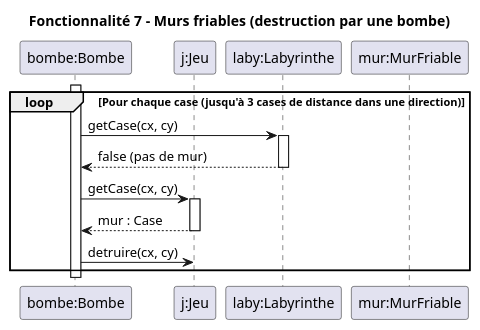
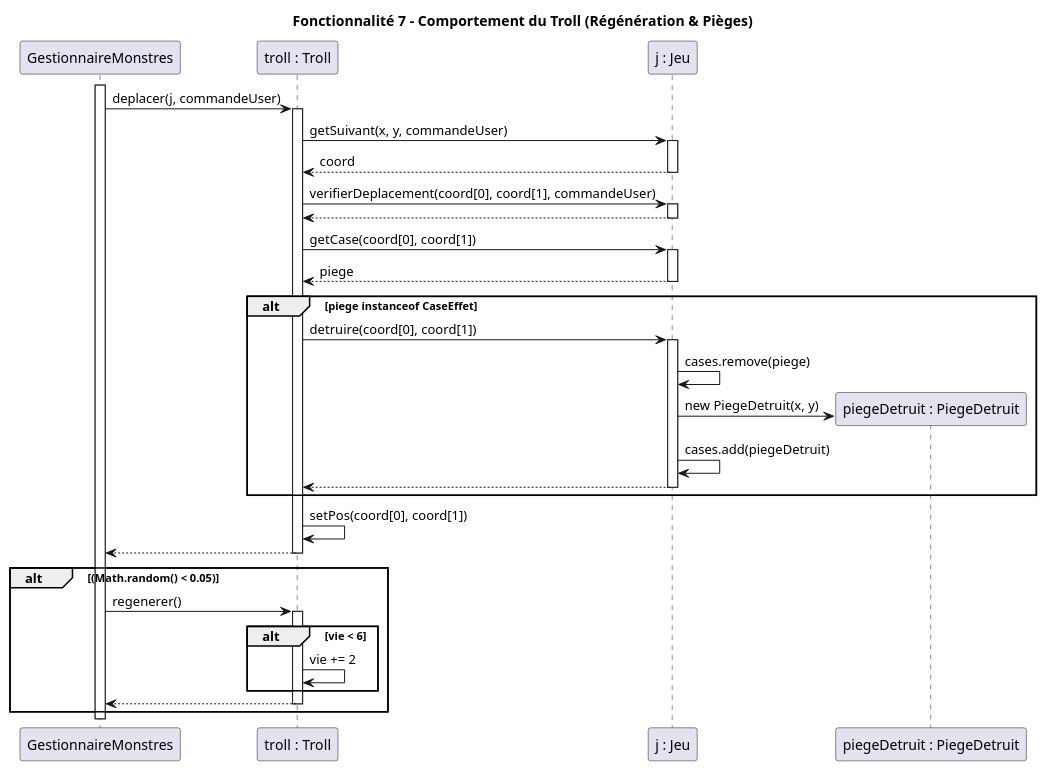
Before and after one commit to lucas-martinati-pro/SAE_S2.01_Zeldiablo-LucasM_JeanLM_PierreGSV: the diagram in documents/version_3/Diagrammes Séquence/Fonctionnalité 7.puml, drawn with PlantUML. The commit also changed 9 other files, not shown here.

Commit message:
add: Diagramme de séquence des fonctionnalités, v3

```diff
--- a/documents/version_3/Diagrammes Séquence/Fonctionnalité 7.puml
+++ b/documents/version_3/Diagrammes Séquence/Fonctionnalité 7.puml
@@ -1,26 +1,55 @@
 @startuml
-title Fonctionnalité 7 - Murs friables (destruction par une bombe)
+title Fonctionnalité 7 - Comportement du Troll (Régénération & Pièges)
 
-participant "bombe:Bombe" as Bombe
-participant "j:Jeu" as Jeu
-participant "laby:Labyrinthe" as Laby
-participant "mur:MurFriable" as Mur
+participant "GestionnaireMonstres" as GM
+participant "troll : Troll" as Troll
+participant "j : Jeu" as Jeu
 
-activate Bombe
+' ===== Déplacement et Destruction de Piège =====
+activate GM
+GM -> Troll : deplacer(j, commandeUser)
+activate Troll
 
-loop Pour chaque case (jusqu'à 3 cases de distance dans une direction)
-    Bombe -> Laby : getCase(cx, cy)
-    activate Laby
-    Laby --> Bombe : false (pas de mur)
-    deactivate Laby
+Troll -> Jeu : getSuivant(x, y, commandeUser)
+activate Jeu
+Jeu --> Troll : coord
+deactivate Jeu
 
-    Bombe -> Jeu : getCase(cx, cy)
+Troll -> Jeu : verifierDeplacement(coord[0], coord[1], commandeUser)
+activate Jeu
+Jeu --> Troll
+deactivate Jeu
+
+Troll -> Jeu : getCase(coord[0], coord[1])
+activate Jeu
+Jeu --> Troll : piege
+deactivate Jeu
+
+alt piege instanceof CaseEffet
+    Troll -> Jeu : detruire(coord[0], coord[1])
     activate Jeu
-    Jeu --> Bombe : mur : Case
+    Jeu -> Jeu : cases.remove(piege)
+    create participant "piegeDetruit : PiegeDetruit" as PD
+    Jeu -> PD : new PiegeDetruit(x, y)
+    Jeu -> Jeu : cases.add(piegeDetruit)
+    Jeu --> Troll
     deactivate Jeu
-
-    Bombe -> Jeu : detruire(cx, cy)
 end
 
-deactivate Bombe
+Troll -> Troll : setPos(coord[0], coord[1])
+Troll --> GM
+deactivate Troll
+
+' ===== Régénération =====
+alt (Math.random() < 0.05)
+    GM -> Troll : regenerer()
+    activate Troll
+    alt vie < 6
+        Troll -> Troll : vie += 2
+    end
+    Troll --> GM
+    deactivate Troll
+end
+
+deactivate GM
 @enduml
```
